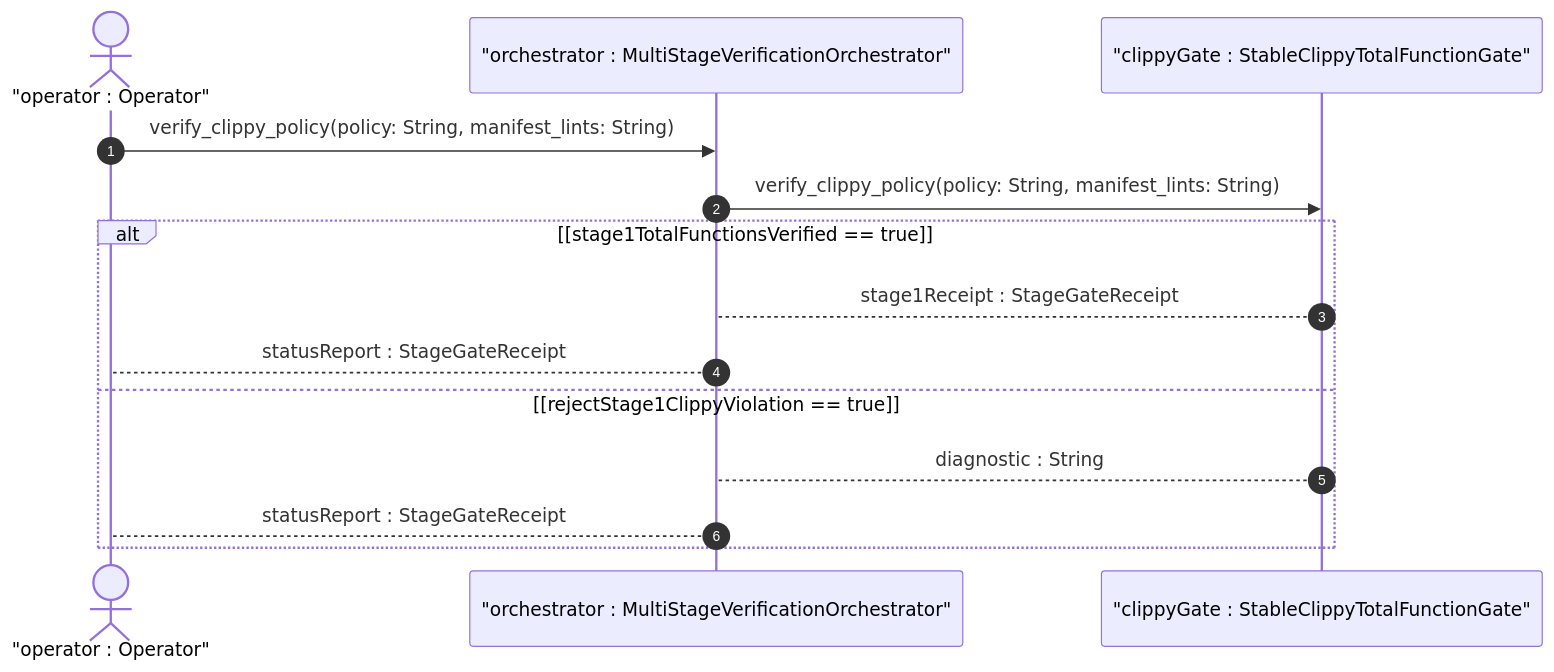
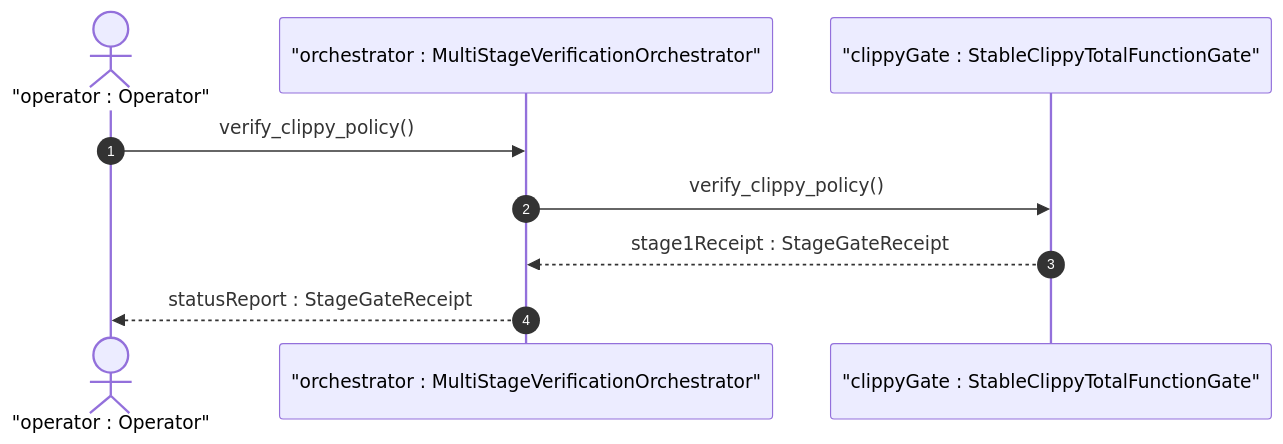
The first of 2 diagrams in .pipeline/upstream/docs/user-stories/US-60-verify_clippy_policy.md (gintatkinson/DEAP01-spec-core), drawn with Mermaid before and after one commit. The commit also changed other lines of this file and 88 other files, not shown here.

````diff
--- a/.pipeline/upstream/docs/user-stories/US-60-verify_clippy_policy.md
+++ b/.pipeline/upstream/docs/user-stories/US-60-verify_clippy_policy.md
@@ -38,16 +38,11 @@
 ```mermaid
 sequenceDiagram
     autonumber
     actor Operator as "operator : Operator"
     participant MultiStageVerificationOrchestrator as "orchestrator : MultiStageVerificationOrchestrator"
     participant StableClippyTotalFunctionGate as "clippyGate : StableClippyTotalFunctionGate"
-    Operator->>MultiStageVerificationOrchestrator: verify_clippy_policy(policy: String, manifest_lints: String)
-    MultiStageVerificationOrchestrator->>StableClippyTotalFunctionGate: verify_clippy_policy(policy: String, manifest_lints: String)
-    alt [stage1TotalFunctionsVerified == true]
-        StableClippyTotalFunctionGate-->MultiStageVerificationOrchestrator: stage1Receipt : StageGateReceipt
-        MultiStageVerificationOrchestrator-->Operator: statusReport : StageGateReceipt
-    else [rejectStage1ClippyViolation == true]
-        StableClippyTotalFunctionGate-->MultiStageVerificationOrchestrator: diagnostic : String
-        MultiStageVerificationOrchestrator-->Operator: statusReport : StageGateReceipt
-    end
+    Operator->>MultiStageVerificationOrchestrator: verify_clippy_policy()
+    MultiStageVerificationOrchestrator->>StableClippyTotalFunctionGate: verify_clippy_policy()
+    StableClippyTotalFunctionGate-->>MultiStageVerificationOrchestrator: stage1Receipt : StageGateReceipt
+    MultiStageVerificationOrchestrator-->>Operator: statusReport : StageGateReceipt
 ```
````
